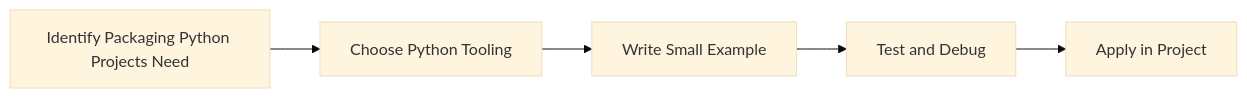
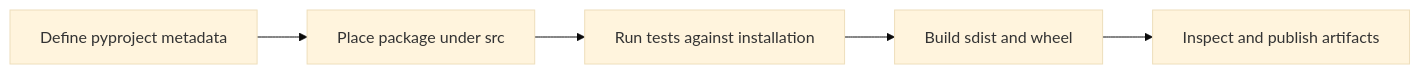
One commit to SYMOIZ/E-Learning-Portal changed the diagram in Python-Mastery/Intermediate/34-packaging-python-projects.md. Above: the diagram before and after it, drawn with Mermaid (base theme). The commit also changed other lines of this file and 116 other files, not shown here.

````diff
--- a/Python-Mastery/Intermediate/34-packaging-python-projects.md
+++ b/Python-Mastery/Intermediate/34-packaging-python-projects.md
@@ -127,7 +155,7 @@
 ```mermaid
 flowchart LR
-    A[Identify Packaging Python Projects Need] --> B[Choose Python Tooling]
-    B --> C[Write Small Example]
-    C --> D[Test and Debug]
-    D --> E[Apply in Project]
+    A[Define pyproject metadata] --> B[Place package under src]
+    B --> C[Run tests against installation]
+    C --> D[Build sdist and wheel]
+    D --> E[Inspect and publish artifacts]
 ```
````
